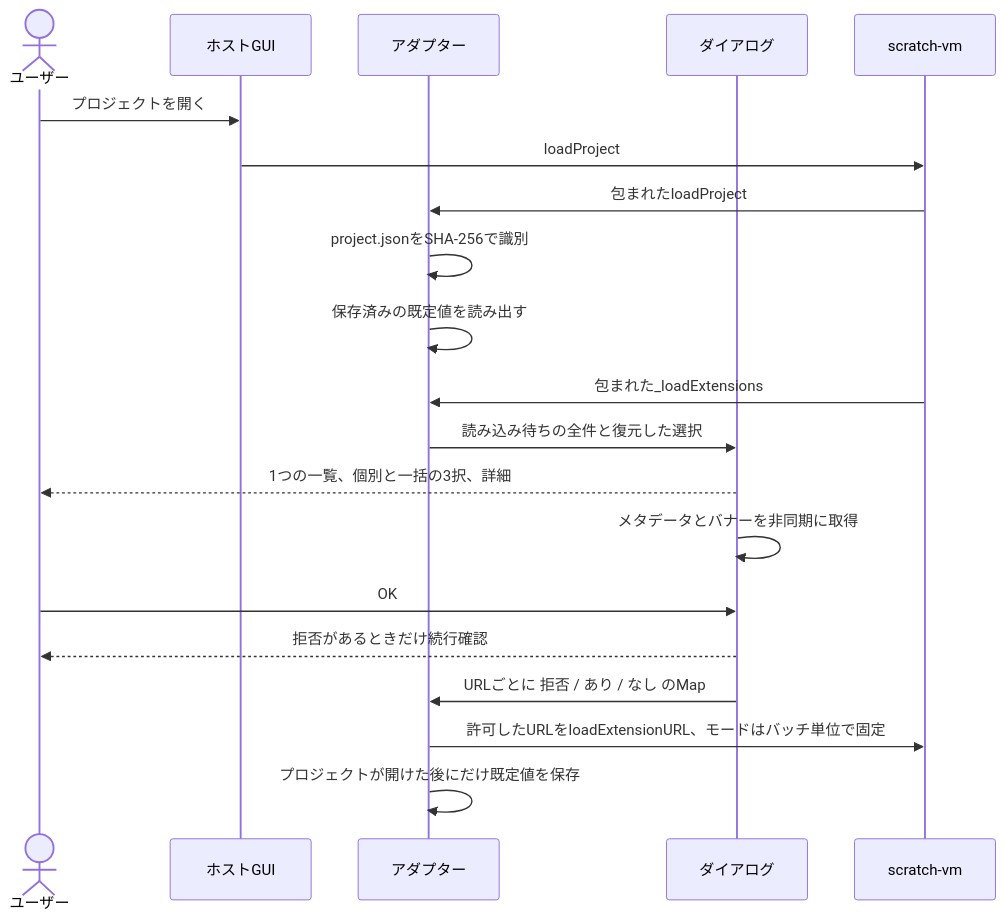
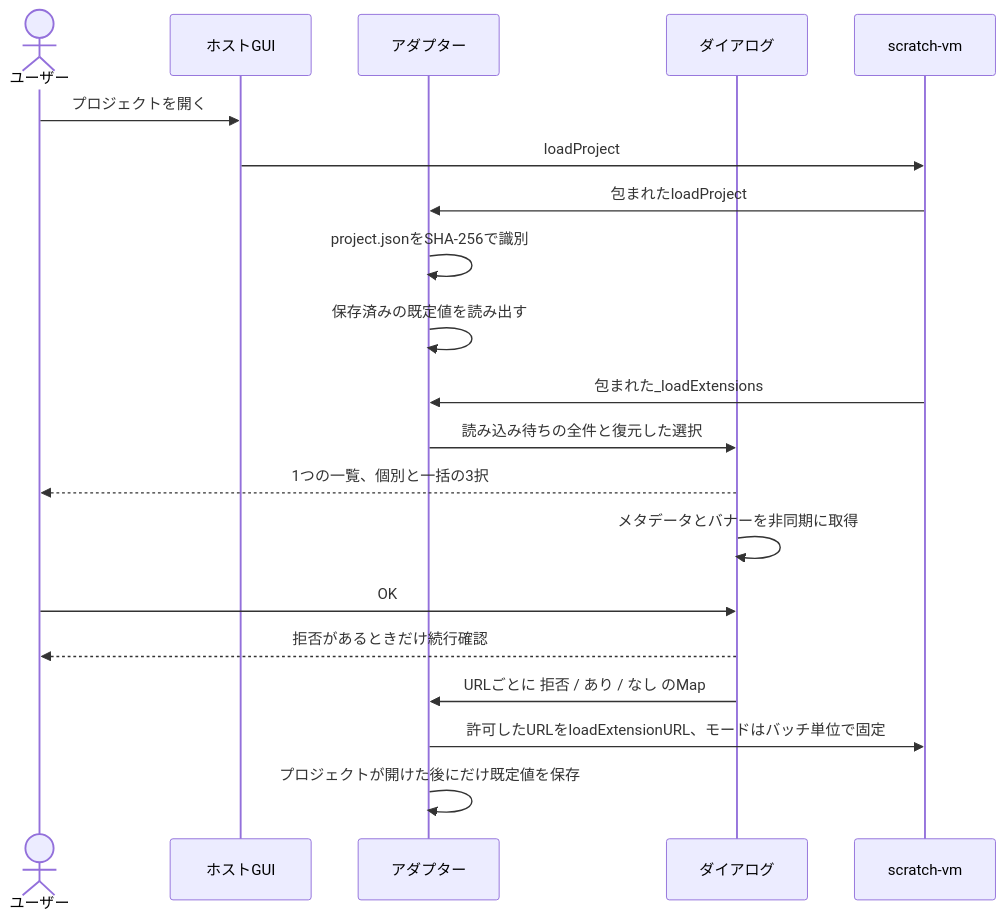
The second of 2 diagrams in README.ja.md (kubohiroya/turbowarp-extension-security-dialog), drawn with Mermaid before and after one commit. The commit also changed other lines of this file and 12 other files, not shown here.

````diff
--- a/README.ja.md
+++ b/README.ja.md
@@ -205,23 +201,23 @@
 ```mermaid
 sequenceDiagram
     actor U as ユーザー
     participant G as ホストGUI
     participant A as アダプター
     participant D as ダイアログ
     participant V as scratch-vm
 
     U->>G: プロジェクトを開く
     G->>V: loadProject
     V->>A: 包まれたloadProject
     A->>A: project.jsonをSHA-256で識別
     A->>A: 保存済みの既定値を読み出す
     V->>A: 包まれた_loadExtensions
     A->>D: 読み込み待ちの全件と復元した選択
-    D-->>U: 1つの一覧、個別と一括の3択、詳細
+    D-->>U: 1つの一覧、個別と一括の3択
     D->>D: メタデータとバナーを非同期に取得
     U->>D: OK
     D-->>U: 拒否があるときだけ続行確認
     D->>A: URLごとに 拒否 / あり / なし のMap
     A->>V: 許可したURLをloadExtensionURL、モードはバッチ単位で固定
     A->>A: プロジェクトが開けた後にだけ既定値を保存
 ```
````
